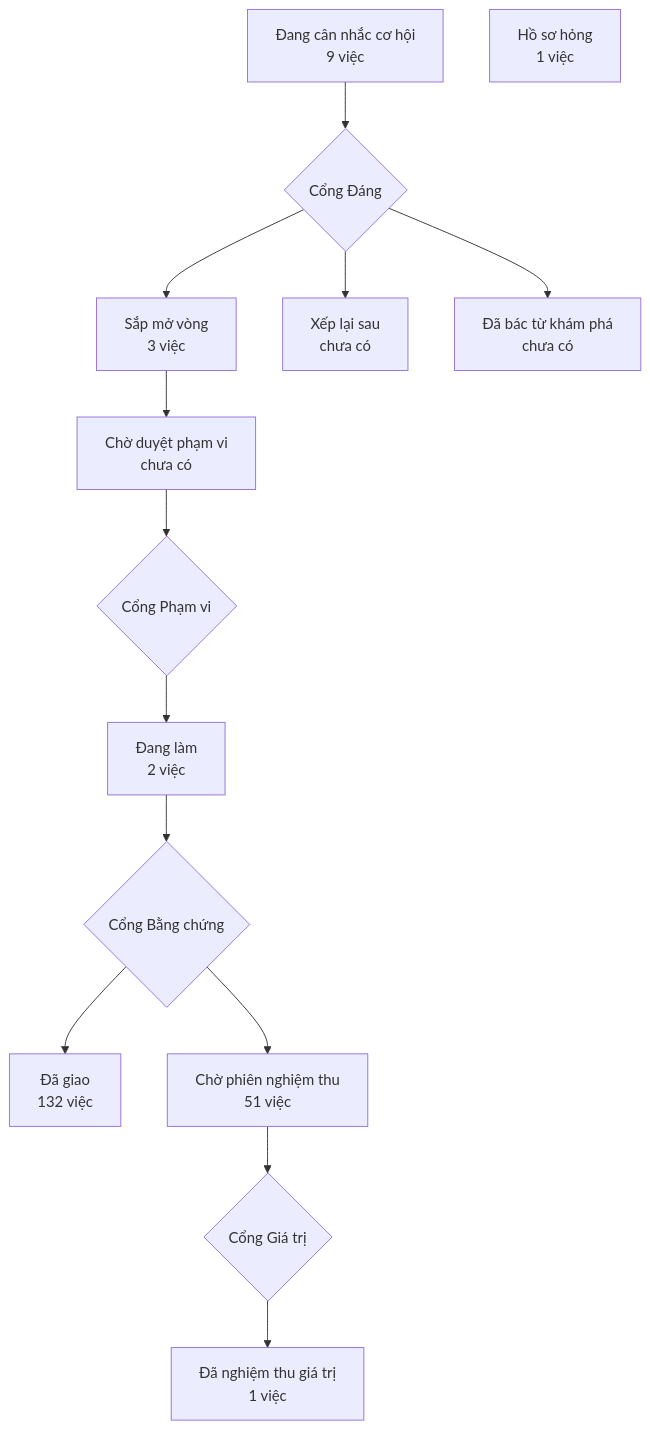
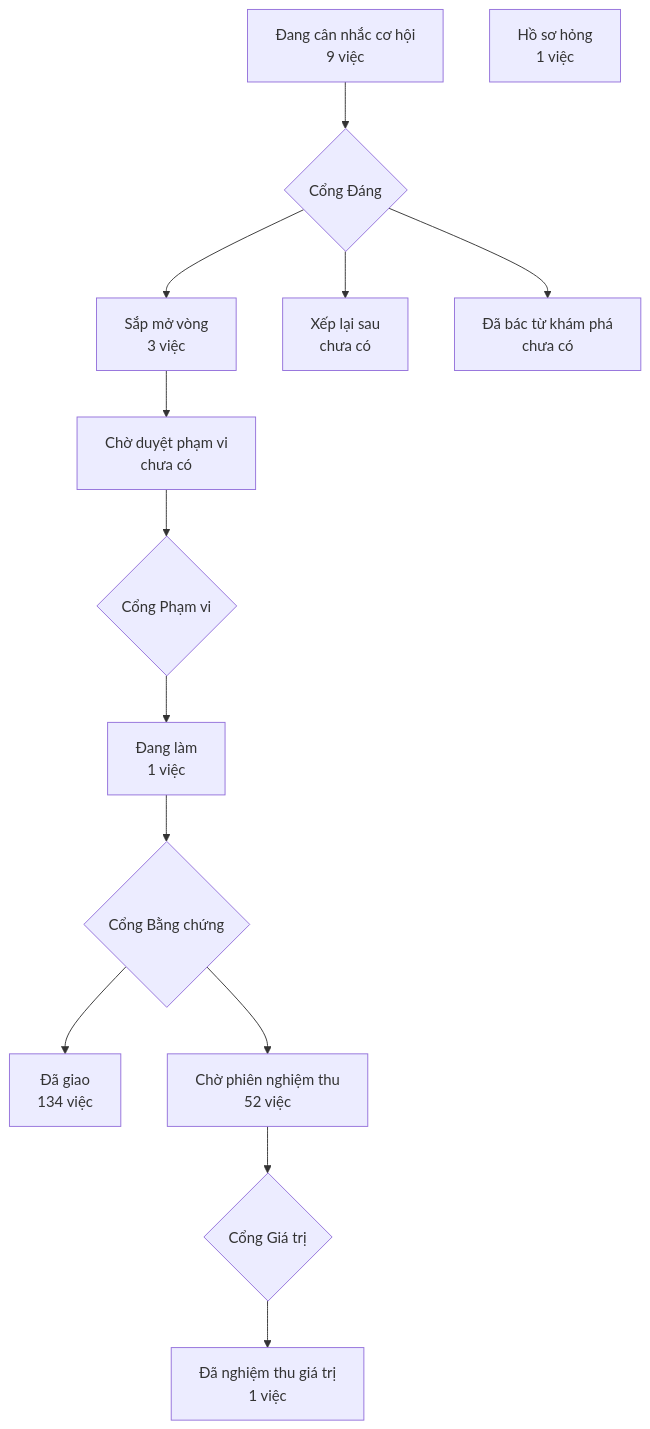
Before and after one commit to phanlemanh/crm-onehub: the diagram in PRODUCT-MAP.md, drawn with Mermaid. The commit also changed other lines of this file and 1 other file, not shown here.

Commit message:
docs: vẽ lại bản đồ trên bản sạch sau chữ ký da-luu-tru-tai-loi

````diff
--- a/PRODUCT-MAP.md
+++ b/PRODUCT-MAP.md
@@ -7,13 +7,13 @@
 ```mermaid
 flowchart TD
   A["Đang cân nhắc cơ hội<br/>9 việc"] --> GD{"Cổng Đáng"}
   GD --> B["Sắp mở vòng<br/>3 việc"]
   GD --> XL["Xếp lại sau<br/>chưa có"]
   GD --> DB["Đã bác từ khám phá<br/>chưa có"]
   B --> CD["Chờ duyệt phạm vi<br/>chưa có"] --> GP{"Cổng Phạm vi"}
-  GP --> DL["Đang làm<br/>2 việc"] --> GB{"Cổng Bằng chứng"}
-  GB --> DG["Đã giao<br/>132 việc"]
-  GB --> CN["Chờ phiên nghiệm thu<br/>51 việc"] --> GG{"Cổng Giá trị"}
+  GP --> DL["Đang làm<br/>1 việc"] --> GB{"Cổng Bằng chứng"}
+  GB --> DG["Đã giao<br/>134 việc"]
+  GB --> CN["Chờ phiên nghiệm thu<br/>52 việc"] --> GG{"Cổng Giá trị"}
   GG --> NT["Đã nghiệm thu giá trị<br/>1 việc"]
   HS["Hồ sơ hỏng<br/>1 việc"]
 ```
````
